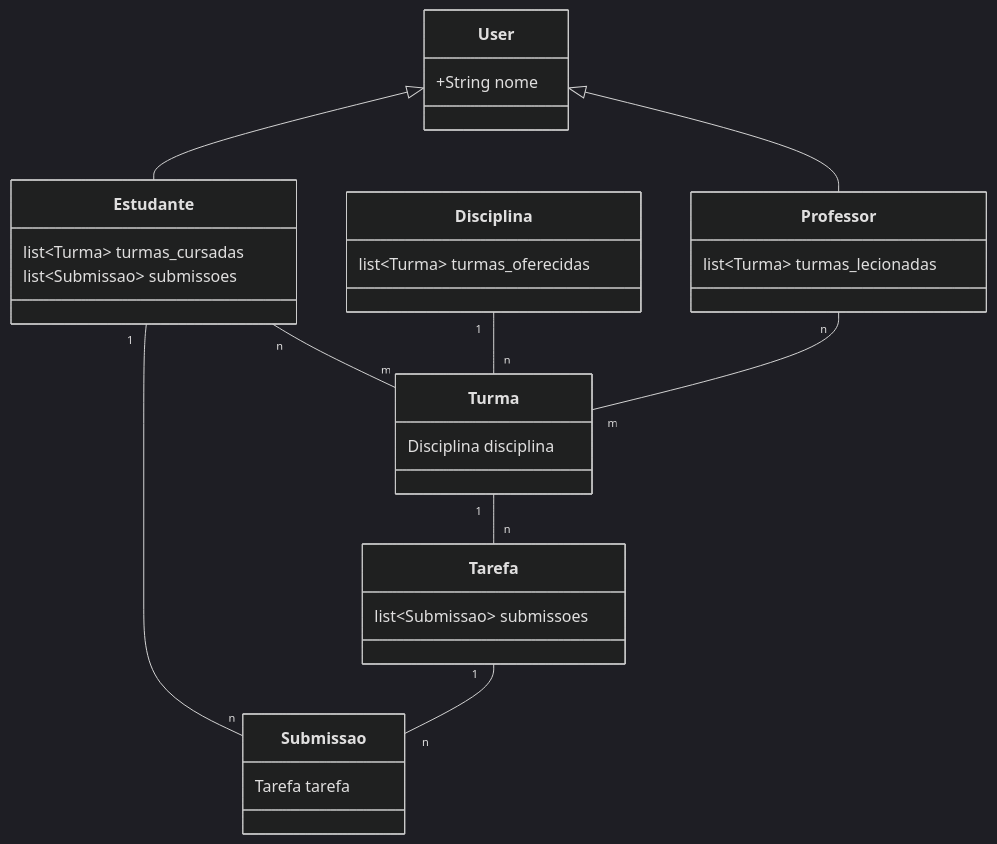
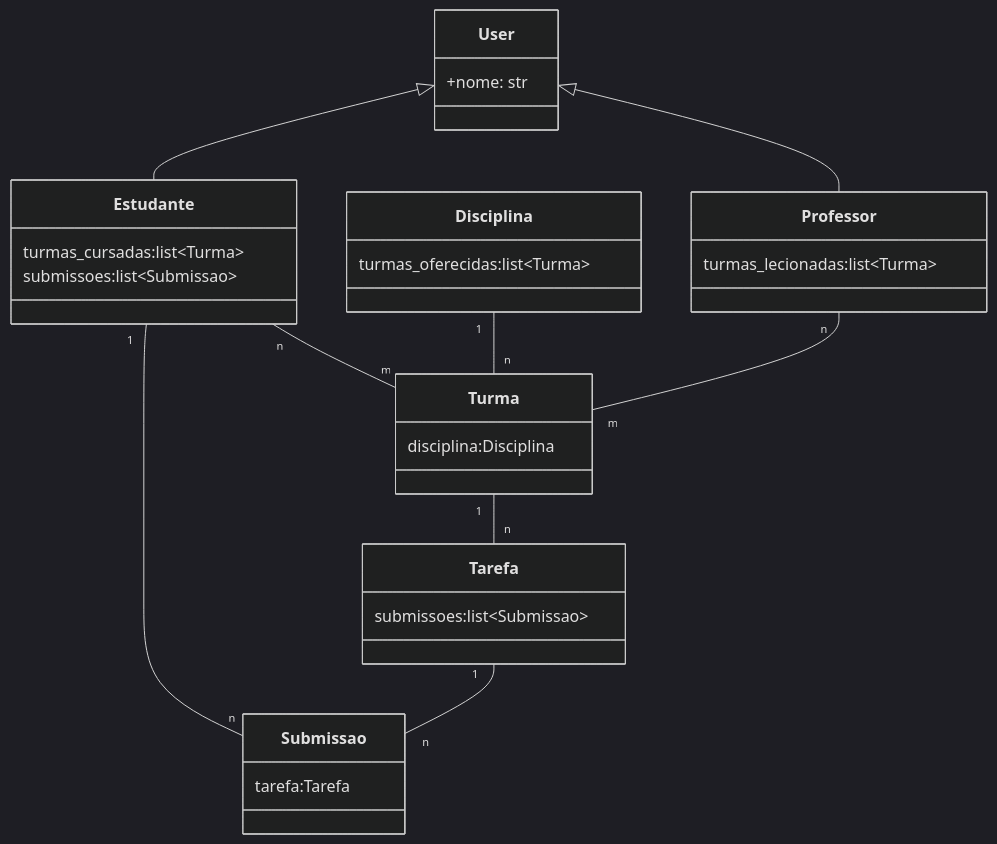
Before and after one commit to insper-classroom/Ag22_SimP1: the diagram in classes.md, drawn with Mermaid (dark theme).

````diff
--- a/classes.md
+++ b/classes.md
@@ -8,34 +8,33 @@
 ```mermaid
 classDiagram
-graph LR
 class User {
-+String nome
++nome: str
 }
 class Professor {
-list~Turma~ turmas_lecionadas
+turmas_lecionadas:list~Turma~ 
 }
 class Estudante {
-list~Turma~ turmas_cursadas
-list~Submissao~ submissoes
+turmas_cursadas:list~Turma~ 
+submissoes:list~Submissao~ 
 }
 class Disciplina {
-list~Turma~ turmas_oferecidas
+turmas_oferecidas:list~Turma~
 }
 class Turma {
-Disciplina disciplina
+disciplina:Disciplina
 }
 class Tarefa {
-list~Submissao~ submissoes
+submissoes:list~Submissao~
 }
 class Submissao {
-Tarefa tarefa
+tarefa:Tarefa
 }
 Estudante "n" -- "m" Turma 
 Estudante "1" -- "n" Submissao 
 Tarefa "1" -- "n" Submissao
 Turma "1" -- "n" Tarefa
 Disciplina "1" -- "n" Turma 
 Professor "n" -- "m" Turma
 User <|-- Estudante
 User <|-- Professor
 ```
````
